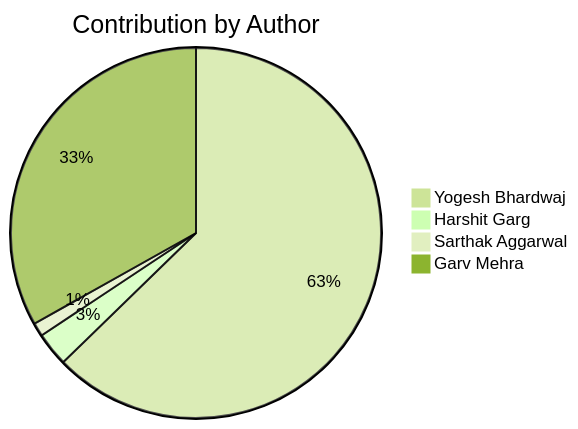
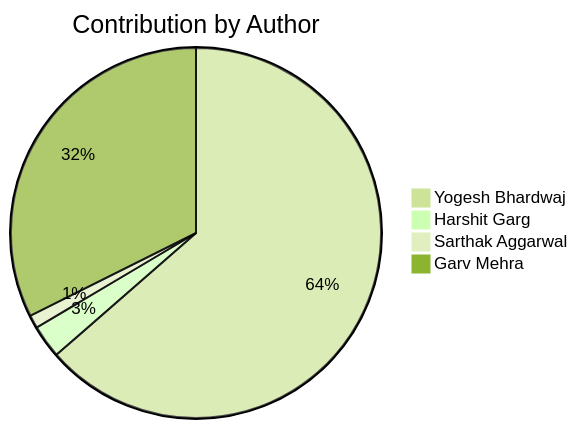
Before and after one commit to Yogesh-Bhardwaj-hue/Scm-Final_2.0: the second of 2 diagrams in README.md, drawn with Mermaid (forest theme). The commit also changed other lines of this file, not shown here.

Commit message:
Update contribution charts

````diff
--- a/README.md
+++ b/README.md
@@ -192,7 +192,7 @@
 ```mermaid
 pie title Contribution by Author
-    "Yogesh Bhardwaj": 106
+    "Yogesh Bhardwaj": 110
     "Harshit Garg": 5
     "Sarthak Aggarwal": 2
     "Garv Mehra": 56
 ```
````
